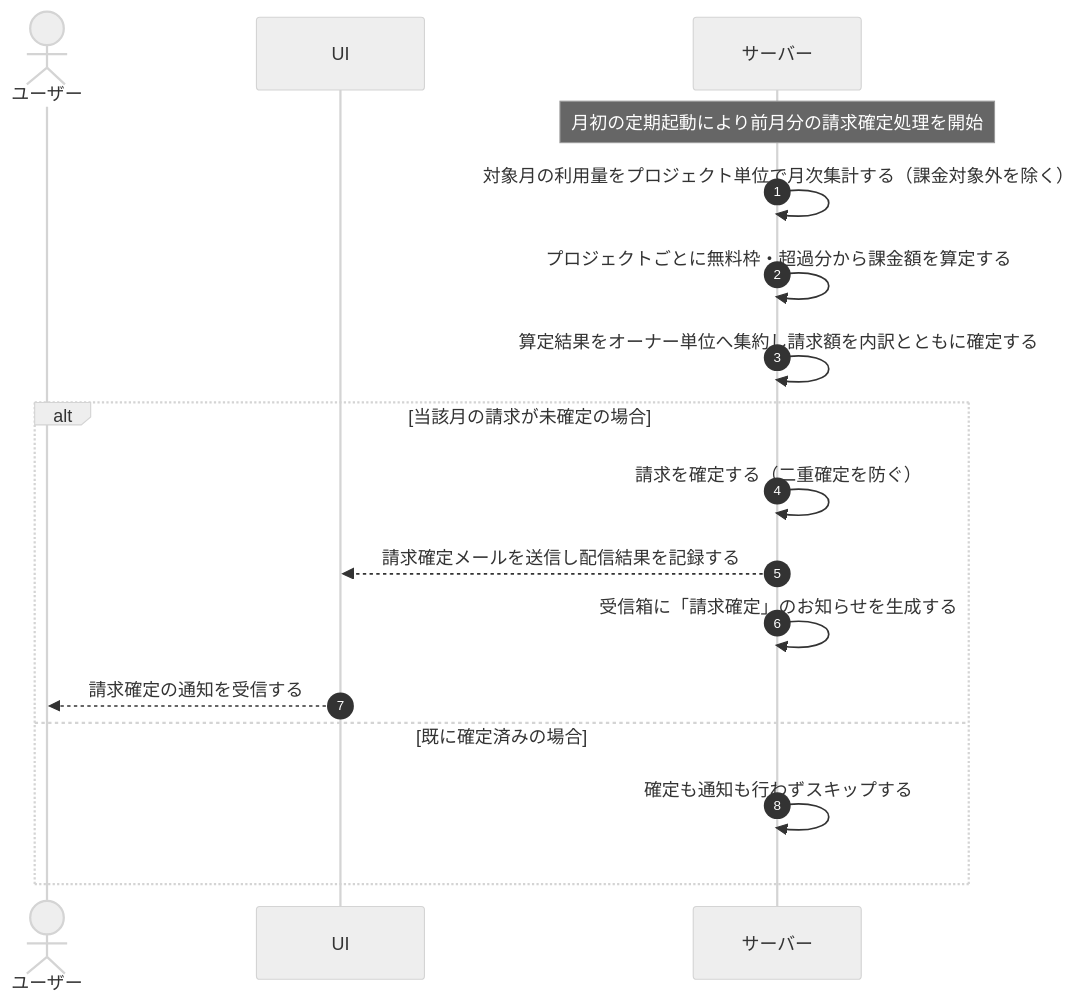
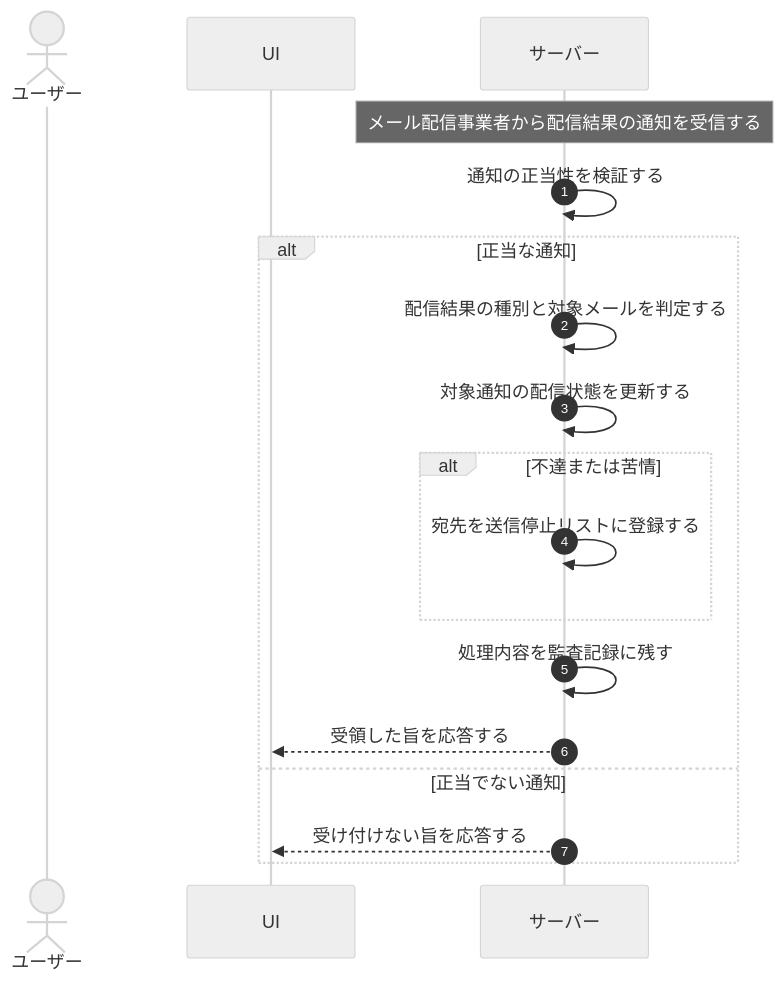
Before and after one commit to sikakou54/open-faq: the diagram in 01_requirements/04_business_usecases/UC-058.md, drawn with Mermaid (neutral theme). The commit also changed other lines of this file and 395 other files, not shown here.

````diff
--- a/01_requirements/04_business_usecases/UC-058.md
+++ b/01_requirements/04_business_usecases/UC-058.md
@@ -28,21 +27,21 @@
 ```mermaid
 sequenceDiagram
   autonumber
   actor U as ユーザー
   participant UI as UI
   participant S as サーバー
 
-  Note over S: 月初の定期起動により前月分の請求確定処理を開始
-  S->>S: 対象月の利用量をプロジェクト単位で月次集計する（課金対象外を除く）
-  S->>S: プロジェクトごとに無料枠・超過分から課金額を算定する
-  S->>S: 算定結果をオーナー単位へ集約し請求額を内訳とともに確定する
-
-  alt 当該月の請求が未確定の場合
-    S->>S: 請求を確定する（二重確定を防ぐ）
-    S-->>UI: 請求確定メールを送信し配信結果を記録する
-    S->>S: 受信箱に「請求確定」のお知らせを生成する
-    UI-->>U: 請求確定の通知を受信する
-  else 既に確定済みの場合
-    S->>S: 確定も通知も行わずスキップする
+  Note over S: メール配信事業者から配信結果の通知を受信する
+  S->>S: 通知の正当性を検証する
+  alt 正当な通知
+    S->>S: 配信結果の種別と対象メールを判定する
+    S->>S: 対象通知の配信状態を更新する
+    alt 不達または苦情
+      S->>S: 宛先を送信停止リストに登録する
+    end
+    S->>S: 処理内容を監査記録に残す
+    S-->>UI: 受領した旨を応答する
+  else 正当でない通知
+    S-->>UI: 受け付けない旨を応答する
   end
 ```
````
